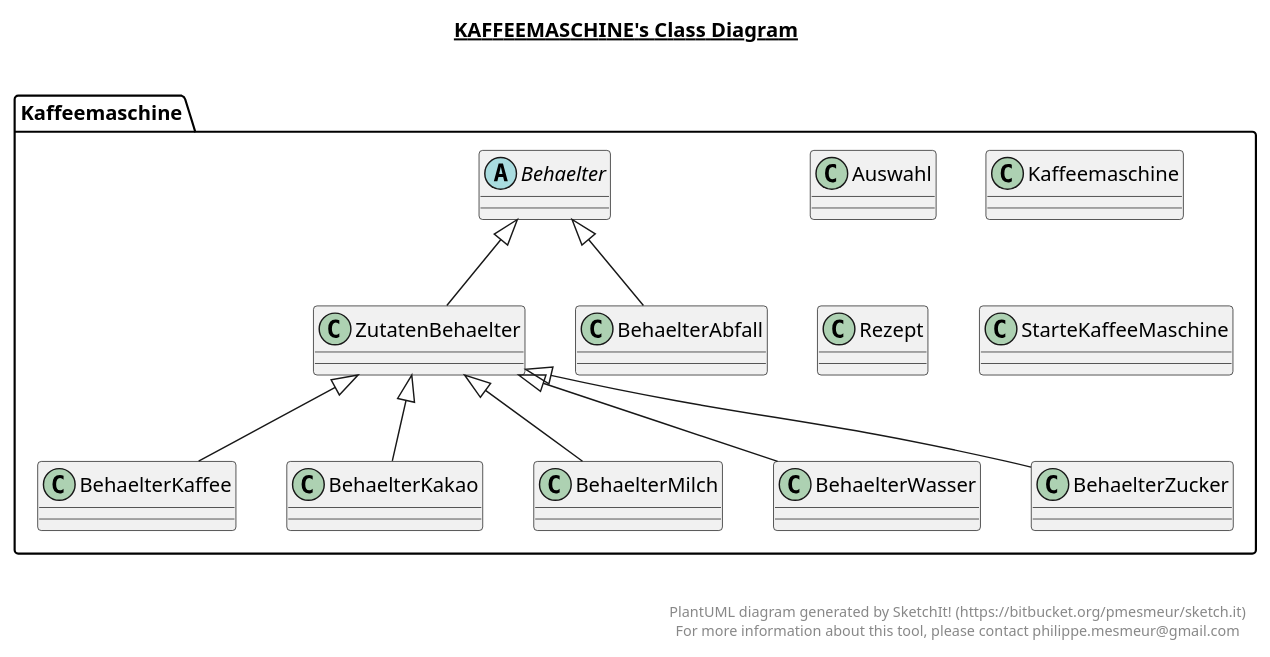
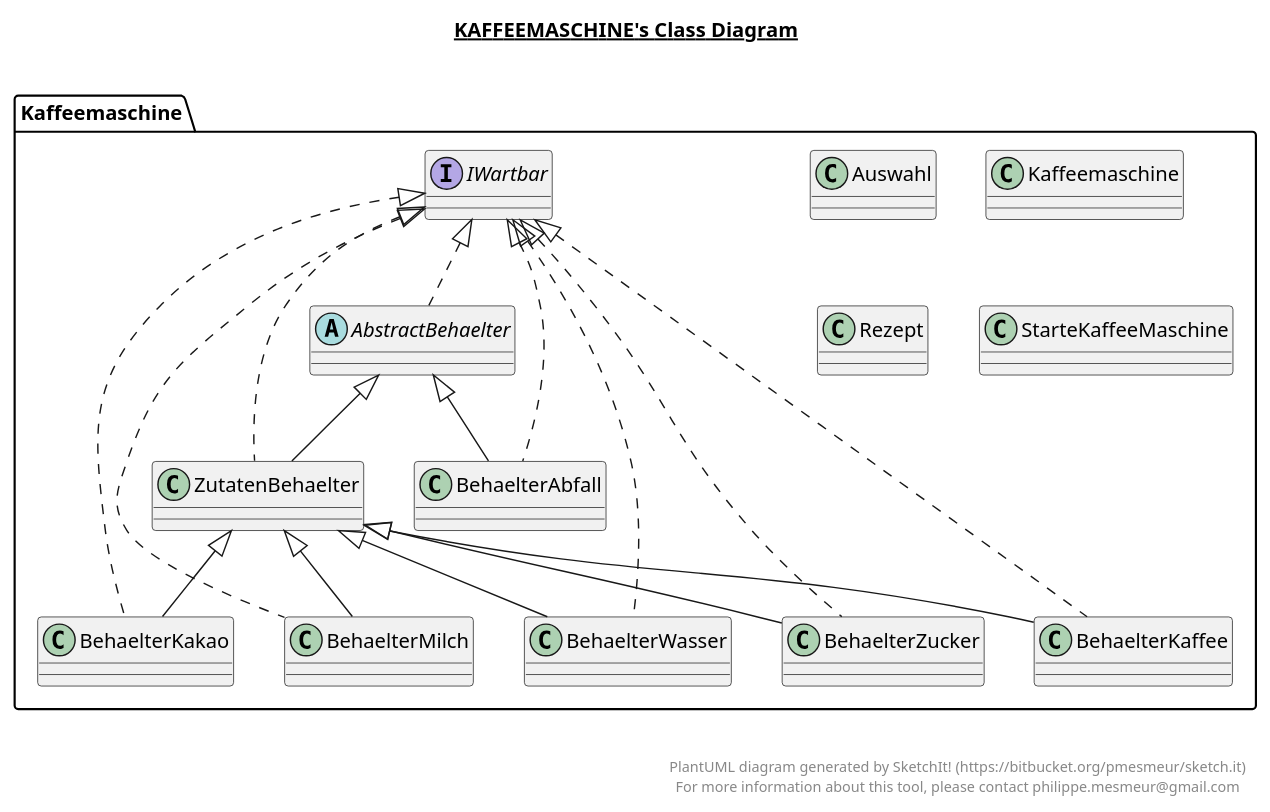
The diagram in KaffeeMaschine.plantuml (luzumi/KaffeeMaschine), drawn with PlantUML before and after one commit. The commit also changed 17 other files, not shown here.

```diff
--- a/KaffeeMaschine.plantuml
+++ b/KaffeeMaschine.plantuml
@@ -1,93 +1,107 @@
 @startuml
 
 title __KAFFEEMASCHINE's Class Diagram__\n
 
   namespace Kaffeemaschine {
     class Kaffeemaschine.Auswahl {
     }
   }
   
 
   namespace Kaffeemaschine {
-    abstract class Kaffeemaschine.Behaelter {
+    abstract class Kaffeemaschine.AbstractBehaelter {
     }
   }
   
 
   namespace Kaffeemaschine {
     class Kaffeemaschine.BehaelterAbfall {
     }
   }
   
 
   namespace Kaffeemaschine {
     class Kaffeemaschine.BehaelterKaffee {
     }
   }
   
 
   namespace Kaffeemaschine {
     class Kaffeemaschine.BehaelterKakao {
     }
   }
   
 
   namespace Kaffeemaschine {
     class Kaffeemaschine.BehaelterMilch {
     }
   }
   
 
   namespace Kaffeemaschine {
     class Kaffeemaschine.BehaelterWasser {
     }
   }
   
 
   namespace Kaffeemaschine {
     class Kaffeemaschine.BehaelterZucker {
     }
   }
   
 
   namespace Kaffeemaschine {
     class Kaffeemaschine.Kaffeemaschine {
     }
   }
   
 
   namespace Kaffeemaschine {
     class Kaffeemaschine.Rezept {
     }
   }
   
 
   namespace Kaffeemaschine {
     class Kaffeemaschine.StarteKaffeeMaschine {
     }
   }
   
 
   namespace Kaffeemaschine {
+    interface Kaffeemaschine.IWartbar {
+    }
+  }
+  
+
+  namespace Kaffeemaschine {
     class Kaffeemaschine.ZutatenBehaelter {
     }
   }
   
 
-  Kaffeemaschine.BehaelterAbfall -up-|> Kaffeemaschine.Behaelter
+  Kaffeemaschine.AbstractBehaelter .up.|> Kaffeemaschine.IWartbar
+  Kaffeemaschine.BehaelterAbfall .up.|> Kaffeemaschine.IWartbar
+  Kaffeemaschine.BehaelterAbfall -up-|> Kaffeemaschine.AbstractBehaelter
+  Kaffeemaschine.BehaelterKaffee .up.|> Kaffeemaschine.IWartbar
   Kaffeemaschine.BehaelterKaffee -up-|> Kaffeemaschine.ZutatenBehaelter
+  Kaffeemaschine.BehaelterKakao .up.|> Kaffeemaschine.IWartbar
   Kaffeemaschine.BehaelterKakao -up-|> Kaffeemaschine.ZutatenBehaelter
+  Kaffeemaschine.BehaelterMilch .up.|> Kaffeemaschine.IWartbar
   Kaffeemaschine.BehaelterMilch -up-|> Kaffeemaschine.ZutatenBehaelter
+  Kaffeemaschine.BehaelterWasser .up.|> Kaffeemaschine.IWartbar
   Kaffeemaschine.BehaelterWasser -up-|> Kaffeemaschine.ZutatenBehaelter
+  Kaffeemaschine.BehaelterZucker .up.|> Kaffeemaschine.IWartbar
   Kaffeemaschine.BehaelterZucker -up-|> Kaffeemaschine.ZutatenBehaelter
-  Kaffeemaschine.ZutatenBehaelter -up-|> Kaffeemaschine.Behaelter
+  Kaffeemaschine.ZutatenBehaelter .up.|> Kaffeemaschine.IWartbar
+  Kaffeemaschine.ZutatenBehaelter -up-|> Kaffeemaschine.AbstractBehaelter
 
 
 right footer
 
 
 PlantUML diagram generated by SketchIt! (https://bitbucket.org/pmesmeur/sketch.it)
 For more information about this tool, please contact philippe.mesmeur@gmail.com
 endfooter
 
 @enduml
```
